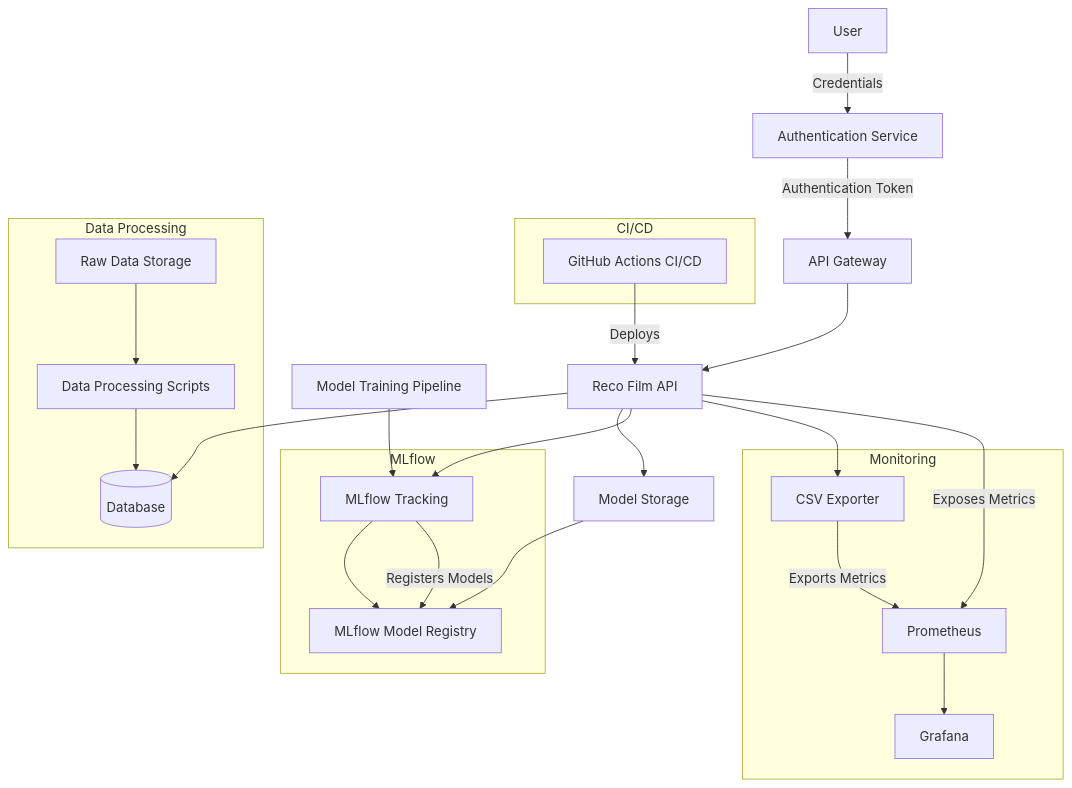
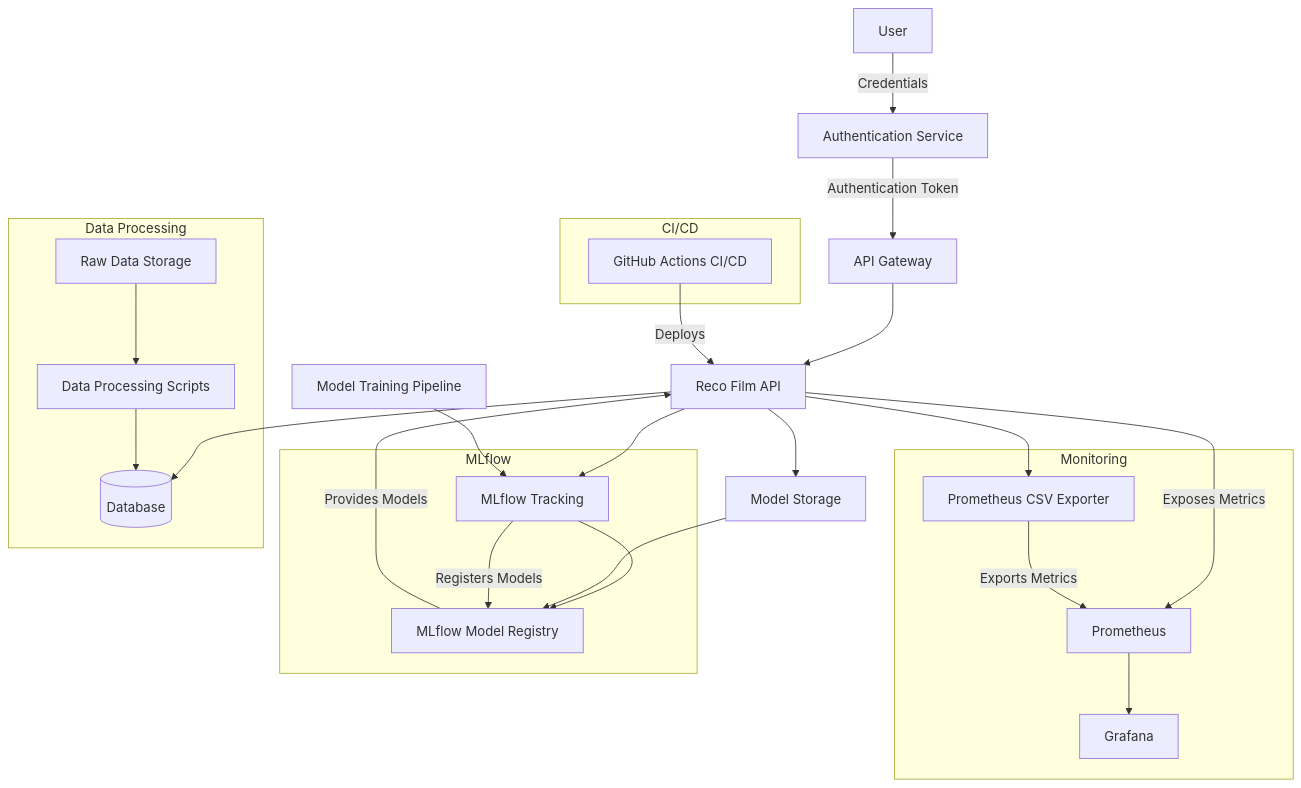
One commit to DataScientest-Studio/juin24_cmlops_reco_film changed the diagram in README.md. Above: the diagram before and after it, drawn with Mermaid.

Commit message:
feat: Update mermaid graph in README.md to reflect new architecture components

````diff
--- a/README.md
+++ b/README.md
@@ -126,55 +126,56 @@
 ```mermaid
 graph TD;
     %% User Authentication Flow
     A[User] -->|Credentials| X[Authentication Service];
     X -->|Authentication Token| B[API Gateway];
     
     %% API Requests
     B --> C[Reco Film API];
 
     %% API Interactions
     C --> D[(Database)];
     C --> E[Model Storage];
     C --> G[MLflow Tracking];
-    C --> N[CSV Exporter];
+    C --> N[Prometheus CSV Exporter];
     C -->|Exposes Metrics| J[Prometheus];
 
     %% MLflow Components
     G --> H[MLflow Model Registry];
     E --> H;
     S[Model Training Pipeline] --> G;
     G -->|Registers Models| H;
+    H -->|Provides Models| C;
 
     %% Monitoring Components
     N -->|Exports Metrics| J;
     J --> K[Grafana];
 
     %% CI/CD Pipeline
     L[GitHub Actions CI/CD] -->|Deploys| C;
 
     %% Data Processing
     I[Raw Data Storage] --> F[Data Processing Scripts];
     F --> D;
 
     %% Groupings
     subgraph Monitoring
         J
         K
         N
     end
 
     subgraph MLflow
         G
         H
     end
 
     subgraph CI/CD
         L
     end
 
     subgraph Data Processing
         I
         F
         D
     end
 ```
````
